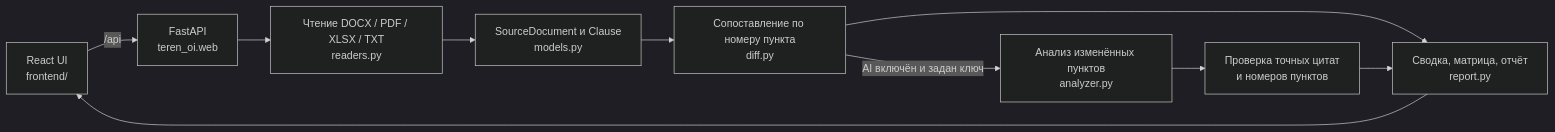
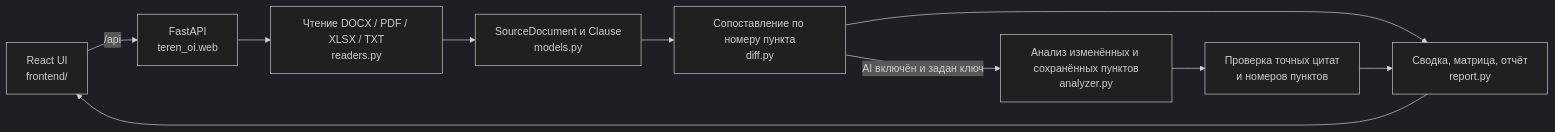
One commit to BAITC-Hacks/hack-2fb67e0d-teren-oi changed the diagram in README.md. Above: the diagram before and after it, drawn with Mermaid (dark theme). The commit also changed other lines of this file and 10 other files, not shown here.

````diff
--- a/README.md
+++ b/README.md
@@ -71,12 +71,12 @@
 ```mermaid
 flowchart LR
     F[React UI<br/>frontend/] -->|/api| W[FastAPI<br/>teren_oi.web]
     W --> R[Чтение DOCX / PDF / XLSX / TXT<br/>readers.py]
     R --> M[SourceDocument и Clause<br/>models.py]
     M --> D[Сопоставление по номеру пункта<br/>diff.py]
     D --> P[Сводка, матрица, отчёт<br/>report.py]
-    D -->|AI включён и задан ключ| A[Анализ изменённых пунктов<br/>analyzer.py]
+    D -->|AI включён и задан ключ| A[Анализ изменённых и сохранённых пунктов<br/>analyzer.py]
     A --> C[Проверка точных цитат<br/>и номеров пунктов]
     C --> P
     P --> F
 ```
````
